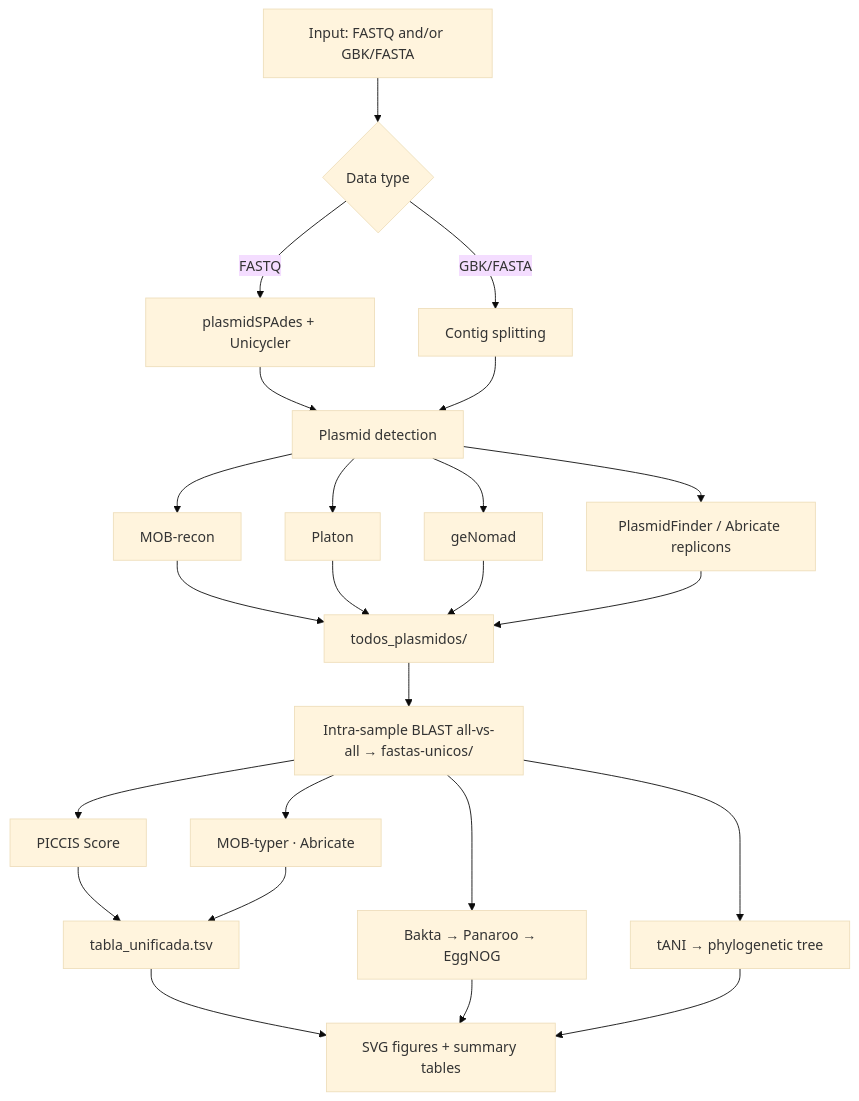
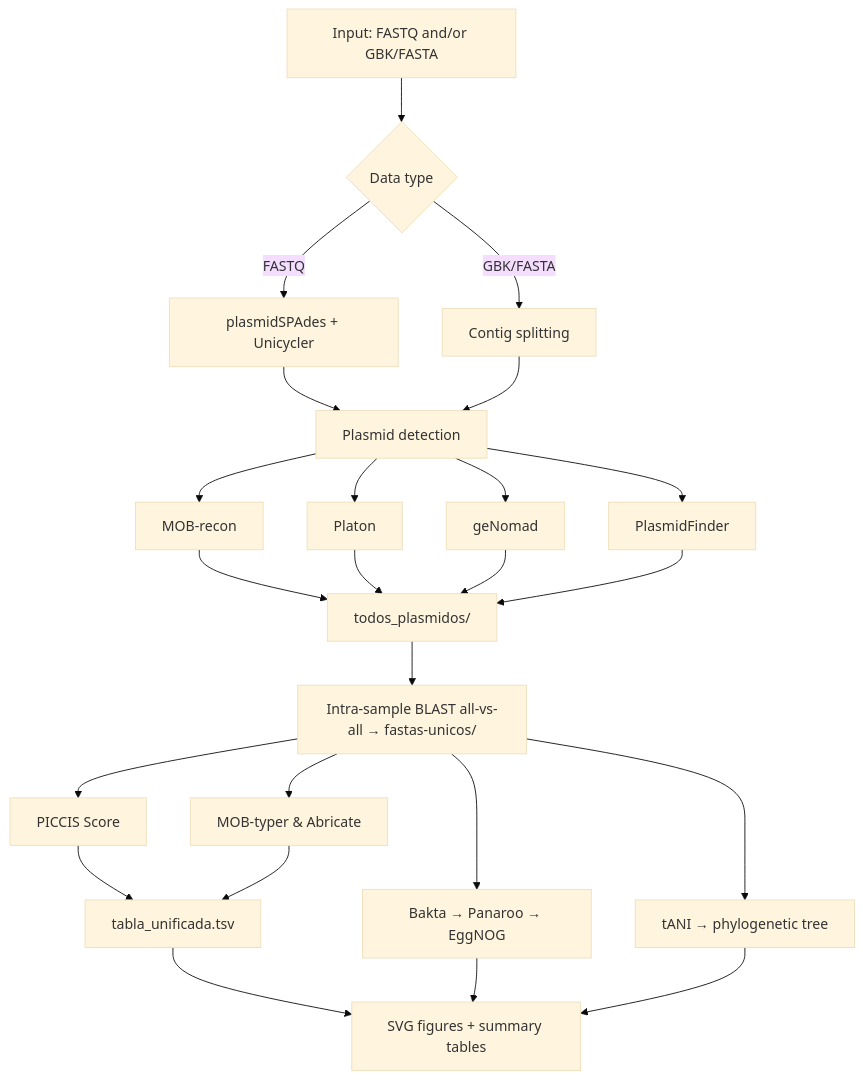
The diagram in README.md (macarenaalga/PICCIS), drawn with Mermaid (base theme) before and after one commit.

````diff
--- a/README.md
+++ b/README.md
@@ -68,21 +68,21 @@
 ```mermaid
 flowchart TD
     A[Input: FASTQ and/or GBK/FASTA] --> B{Data type}
     B -->|FASTQ| C[plasmidSPAdes + Unicycler]
     B -->|GBK/FASTA| D[Contig splitting]
     C --> E[Plasmid detection]
     D --> E
     E --> E1[MOB-recon]
     E --> E2[Platon]
     E --> E3[geNomad]
-    E --> E4[PlasmidFinder / Abricate replicons]
+    E --> E4[PlasmidFinder]
     E1 & E2 & E3 & E4 --> F[todos_plasmidos/]
     F --> G[Intra-sample BLAST all-vs-all → fastas-unicos/]
     G --> H[PICCIS Score]
-    G --> I[MOB-typer · Abricate]
+    G --> I[MOB-typer & Abricate]
     H --> J[tabla_unificada.tsv]
     I --> J
     G --> K[Bakta → Panaroo → EggNOG]
     G --> L[tANI → phylogenetic tree]
     J & K & L --> M[SVG figures + summary tables]
 ```
````
